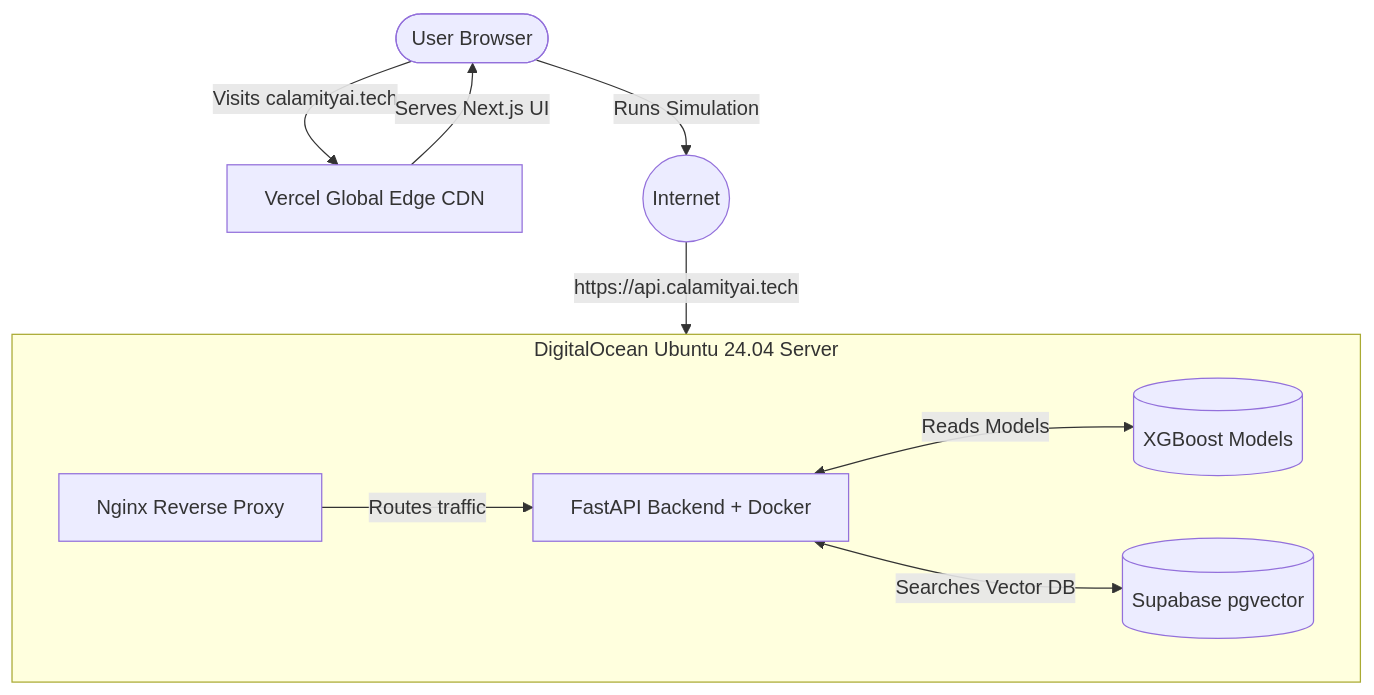
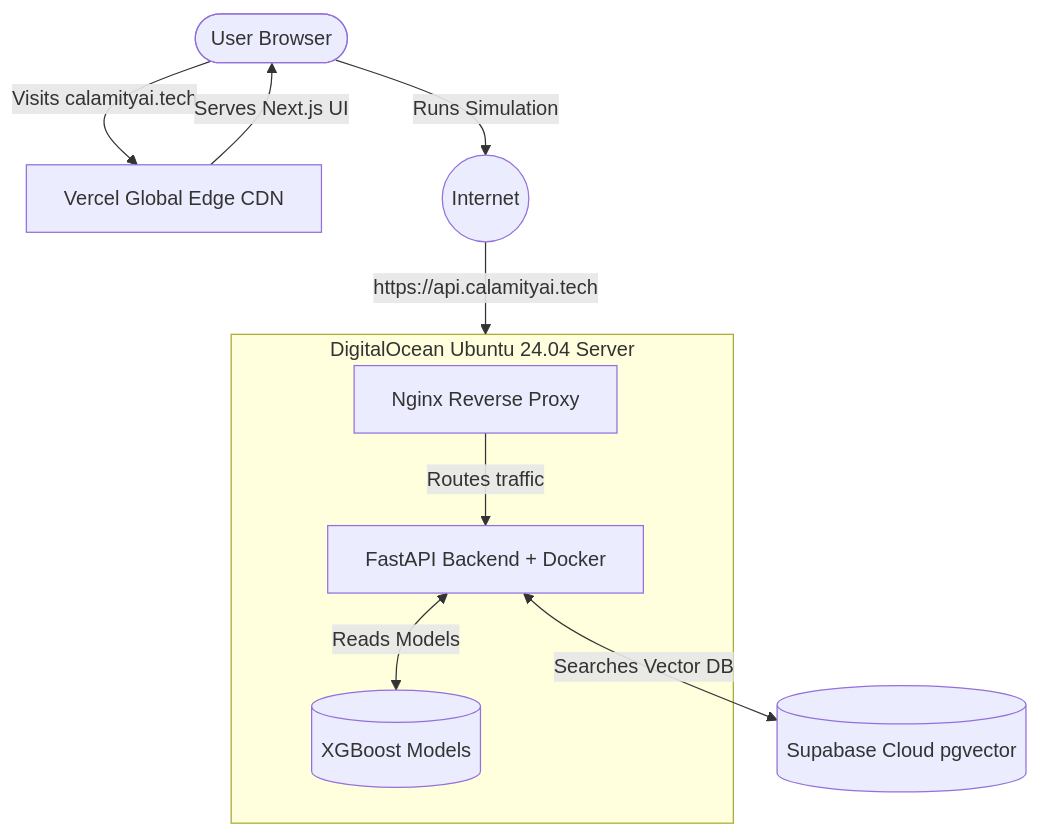
The second of 2 diagrams in README.md (divyanshailani/calamity-matrix-core), drawn with Mermaid before and after one commit. The commit also changed other lines of this file, not shown here.

Commit message:
docs: Fix architecture diagrams to reflect decoupled LLM and external Supabase

````diff
--- a/README.md
+++ b/README.md
@@ -193,14 +191,14 @@
 ```mermaid
 graph TD
     User([User Browser]) -->|Visits calamityai.tech| Vercel[Vercel Global Edge CDN]
     Vercel -->|Serves Next.js UI| User
     
     User -->|Runs Simulation| Internet((Internet))
     Internet -->|https://api.calamityai.tech| Droplet[DigitalOcean Droplet]
     
     subgraph Droplet [DigitalOcean Ubuntu 24.04 Server]
         Nginx[Nginx Reverse Proxy] -->|Routes traffic| FastAPI[FastAPI Backend + Docker]
         FastAPI <-->|Reads Models| Models[(XGBoost Models)]
-        FastAPI <-->|Searches Vector DB| Supabase[(Supabase pgvector)]
     end
+    FastAPI <-->|Searches Vector DB| Supabase[(Supabase Cloud pgvector)]
 ```
````
